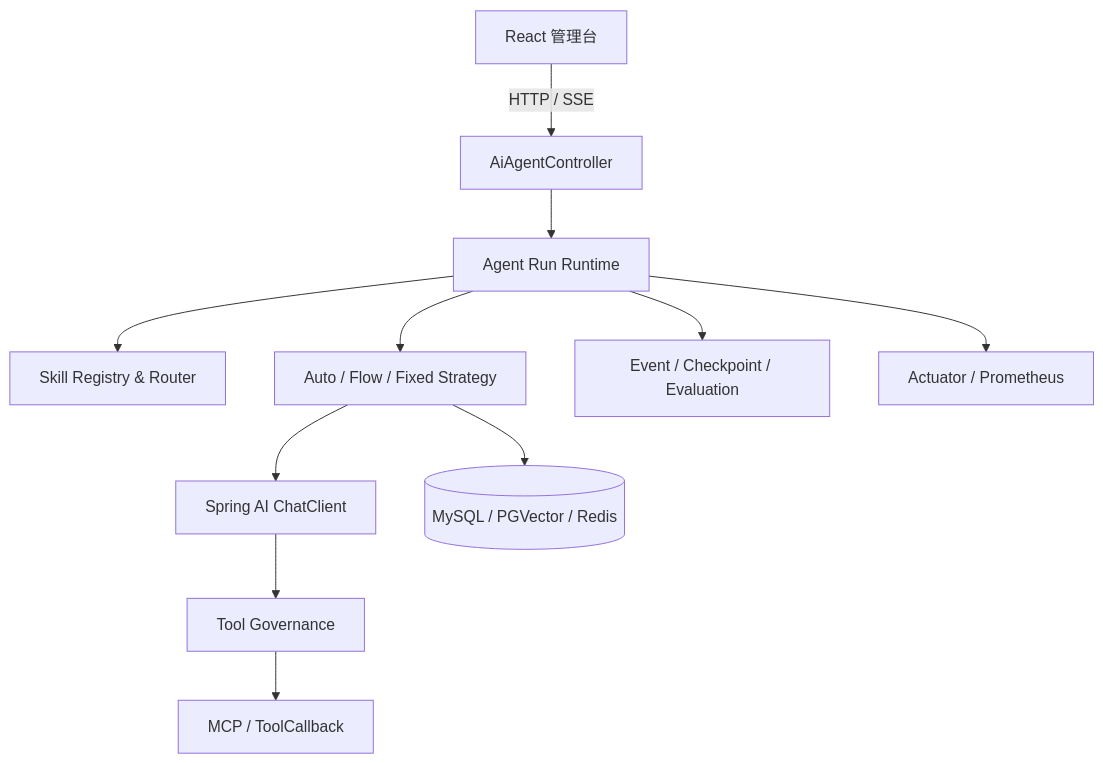
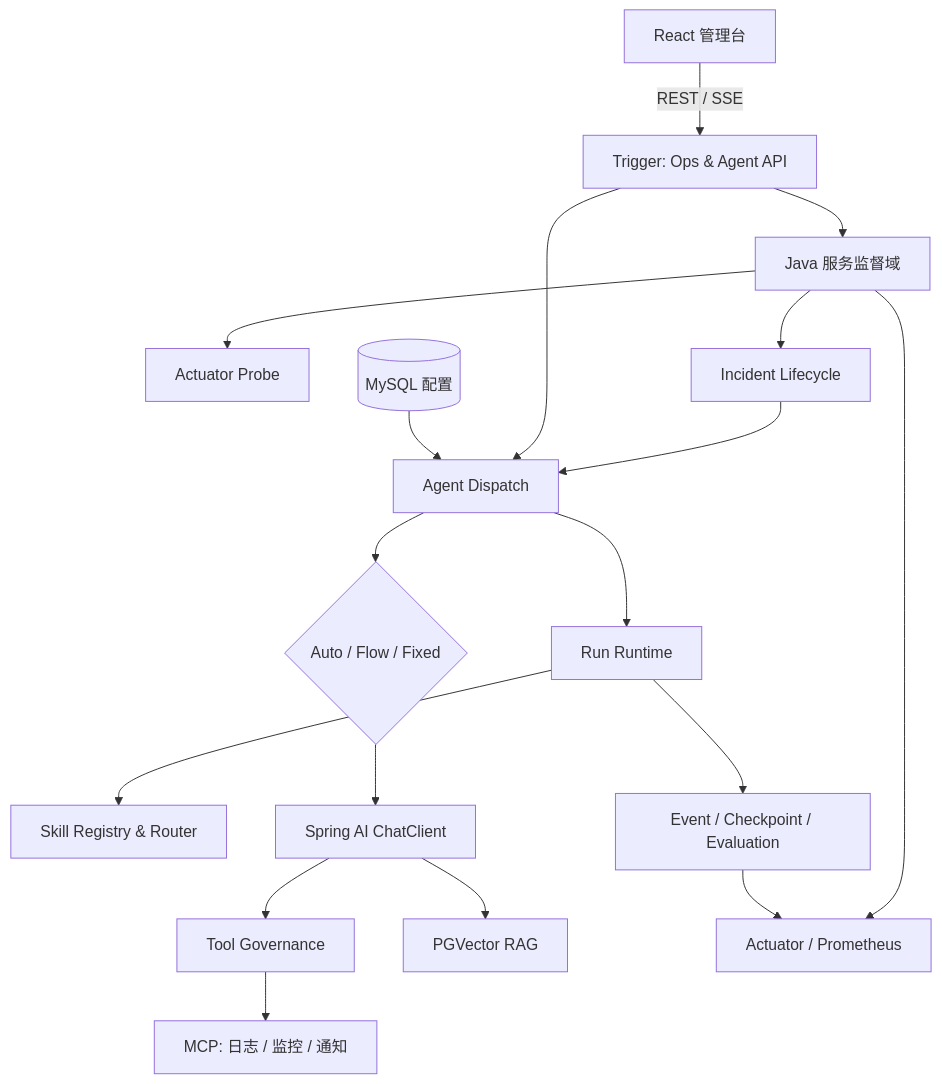
One commit to wangyijie01/ai-agent-station-v2 changed the second of 2 diagrams in README.md. Above: the diagram before and after it, drawn with Mermaid. The commit also changed other lines of this file and 45 other files, not shown here.

````diff
--- a/README.md
+++ b/README.md
@@ -83,13 +109,20 @@
 ```mermaid
 flowchart TB
-    UI[React 管理台] -->|HTTP / SSE| API[AiAgentController]
-    API --> Runtime[Agent Run Runtime]
-    Runtime --> Router[Skill Registry & Router]
-    Runtime --> Strategy[Auto / Flow / Fixed Strategy]
-    Strategy --> Client[Spring AI ChatClient]
-    Client --> Guard[Tool Governance]
-    Guard --> MCP[MCP / ToolCallback]
-    Runtime --> Audit[Event / Checkpoint / Evaluation]
-    Runtime --> Metrics[Actuator / Prometheus]
-    Strategy --> Store[(MySQL / PGVector / Redis)]
+    UI[React 管理台] -->|REST / SSE| API[Trigger: Ops & Agent API]
+    API --> OPS[Java 服务监督域]
+    OPS --> PROBE[Actuator Probe]
+    OPS --> INCIDENT[Incident Lifecycle]
+    INCIDENT --> DISPATCH[Agent Dispatch]
+    API --> DISPATCH
+    DISPATCH --> RUNTIME[Run Runtime]
+    RUNTIME --> ROUTER[Skill Registry & Router]
+    DISPATCH --> MODE{Auto / Flow / Fixed}
+    MODE --> CLIENT[Spring AI ChatClient]
+    CLIENT --> GUARD[Tool Governance]
+    GUARD --> MCP[MCP: 日志 / 监控 / 通知]
+    CLIENT --> RAG[PGVector RAG]
+    RUNTIME --> OBS[Event / Checkpoint / Evaluation]
+    OPS --> METRICS[Actuator / Prometheus]
+    OBS --> METRICS
+    CONFIG[(MySQL 配置)] --> DISPATCH
 ```
````
